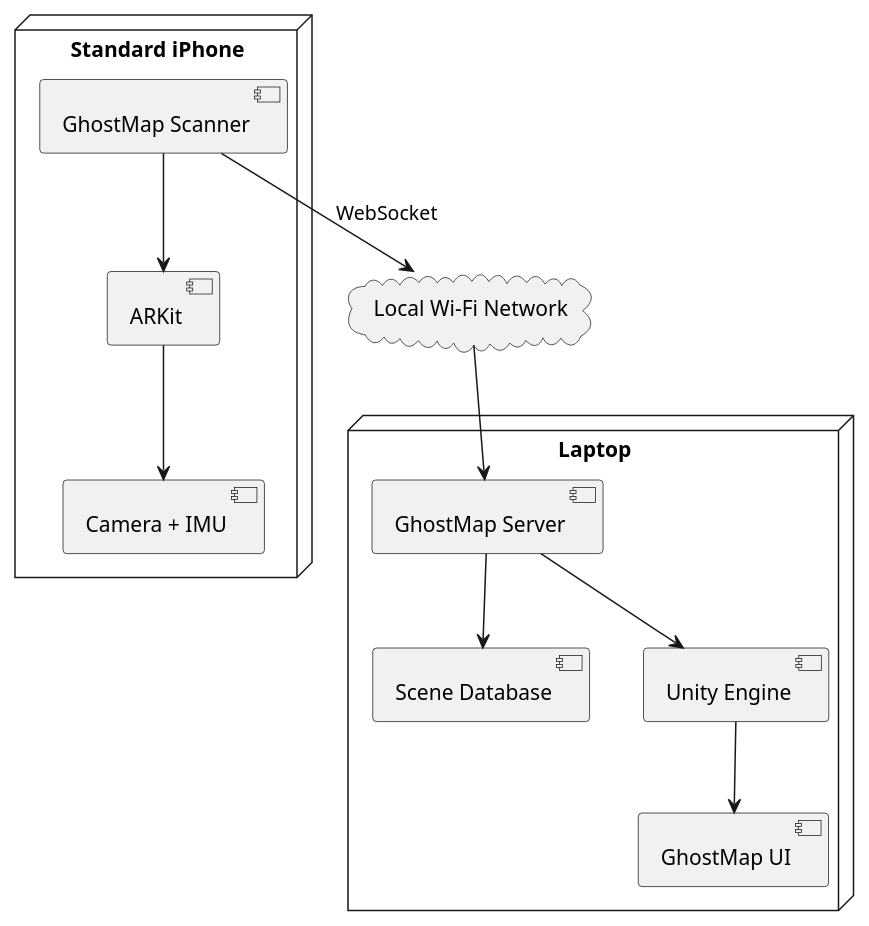
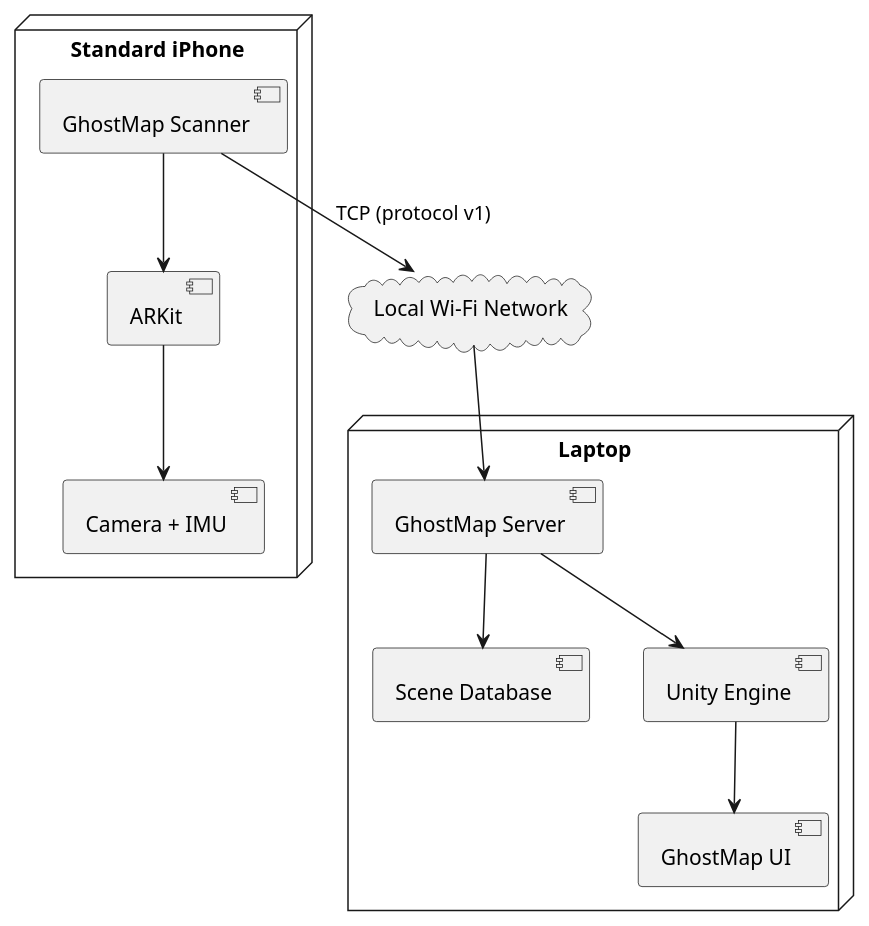
Before and after one commit to AmeyaSJoshi/GhostMap: the seventh of 7 diagrams in docs/specs/ghostmap-project-spec.md, drawn with PlantUML. The commit also changed other lines of this file and 8 other files, not shown here.

First line of the commit message:
docs(architecture): define one-button computer transfer UX

````diff
--- a/docs/specs/ghostmap-project-spec.md
+++ b/docs/specs/ghostmap-project-spec.md
@@ -867,32 +898,32 @@
 ```plantuml
 @startuml
 
 node "Standard iPhone" {
     component "GhostMap Scanner"
     component "ARKit"
     component "Camera + IMU"
 }
 
 cloud "Local Wi-Fi Network" {
 }
 
 node "Laptop" {
     component "GhostMap Server"
     component "Scene Database"
     component "Unity Engine"
     component "GhostMap UI"
 }
 
 "GhostMap Scanner" --> "ARKit"
 "ARKit" --> "Camera + IMU"
 
-"GhostMap Scanner" --> "Local Wi-Fi Network" : WebSocket
+"GhostMap Scanner" --> "Local Wi-Fi Network" : TCP (protocol v1)
 
 "Local Wi-Fi Network" --> "GhostMap Server"
 
 "GhostMap Server" --> "Scene Database"
 "GhostMap Server" --> "Unity Engine"
 "Unity Engine" --> "GhostMap UI"
 
 @enduml
 ```
````
